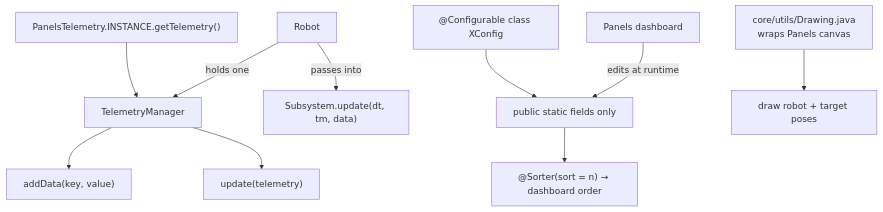
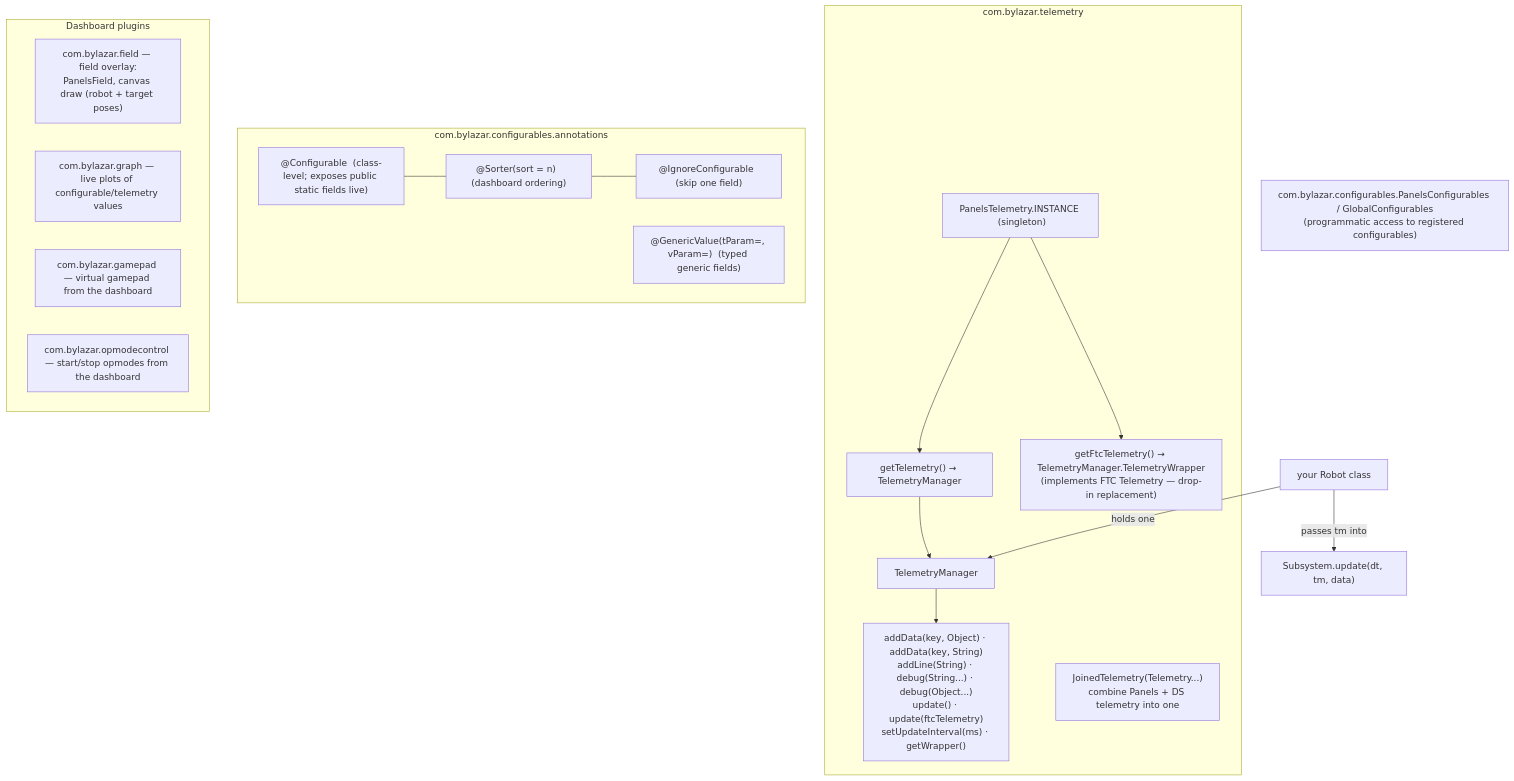
Before and after one commit to Andrei0016/FTC-MCP: the diagram in src/ftc_mcp/maps/panels-bylazar.mmd, drawn with Mermaid. The commit also changed 3 other files, not shown here.

First line of the commit message:
Reconcile toolkit Mermaid maps with the decompiled reference

```diff
--- a/src/ftc_mcp/maps/panels-bylazar.mmd
+++ b/src/ftc_mcp/maps/panels-bylazar.mmd
@@ -1,12 +1,30 @@
+%% Panels (fullpanels 1.0.12) — orientation map. Exact signatures: ftc://sdk/panels,
+%% sdk_class("TelemetryManager"). com.bylazar.* — dashboard + telemetry + live config.
 flowchart TD
-    PanelsTelemetry["PanelsTelemetry.INSTANCE.getTelemetry()"] --> TM[TelemetryManager]
-    TM --> addData["addData(key, value)"]
-    TM --> tmUpdate["update(telemetry)"]
-    Robot -->|holds one| TM
-    Robot -->|passes into| SubUpdate["Subsystem.update(dt, tm, data)"]
+    subgraph tele["com.bylazar.telemetry"]
+      PT["PanelsTelemetry.INSTANCE  (singleton)"]
+      PT --> GT["getTelemetry() → TelemetryManager"]
+      PT --> GF["getFtcTelemetry() → TelemetryManager.TelemetryWrapper\n(implements FTC Telemetry — drop-in replacement)"]
+      GT --> TM["TelemetryManager"]
+      TM --> TMM["addData(key, Object) · addData(key, String)\naddLine(String) · debug(String...) · debug(Object...)\nupdate() · update(ftcTelemetry)\nsetUpdateInterval(ms) · getWrapper()"]
+      JT["JoinedTelemetry(Telemetry...)\ncombine Panels + DS telemetry into one"]
+    end
 
-    Configurable["@Configurable class XConfig"] --> statics["public static fields only"]
-    statics --> Sorter["@Sorter(sort = n) → dashboard order"]
-    Dashboard[Panels dashboard] -->|edits at runtime| statics
+    subgraph cfg["com.bylazar.configurables.annotations"]
+      CF["@Configurable  (class-level; exposes public static fields live)"]
+      SR["@Sorter(sort = n)  (dashboard ordering)"]
+      IG["@IgnoreConfigurable  (skip one field)"]
+      GV["@GenericValue(tParam=, vParam=)  (typed generic fields)"]
+    end
+    CF --- SR --- IG
+    PC["com.bylazar.configurables.PanelsConfigurables / GlobalConfigurables\n(programmatic access to registered configurables)"]
 
-    Drawing["core/utils/Drawing.java\nwraps Panels canvas"] --> field["draw robot + target poses"]
+    subgraph plugins["Dashboard plugins"]
+      FIELD["com.bylazar.field — field overlay:\nPanelsField, canvas draw (robot + target poses)"]
+      GRAPH["com.bylazar.graph — live plots of configurable/telemetry values"]
+      GAMEPAD["com.bylazar.gamepad — virtual gamepad from the dashboard"]
+      OPC["com.bylazar.opmodecontrol — start/stop opmodes from the dashboard"]
+    end
+
+    Robot["your Robot class"] -->|holds one| TM
+    Robot -->|passes tm into| SUB["Subsystem.update(dt, tm, data)"]
```
